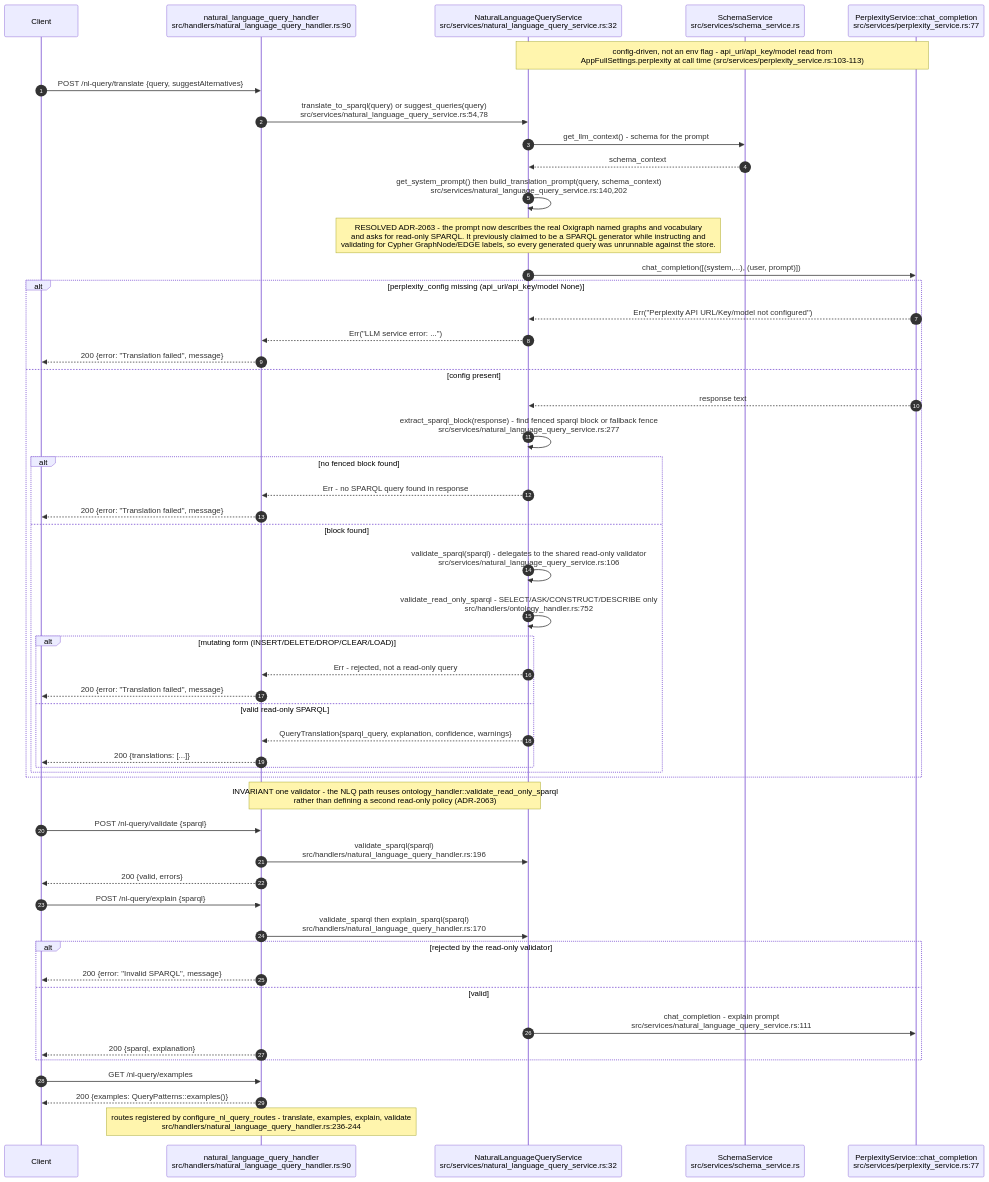
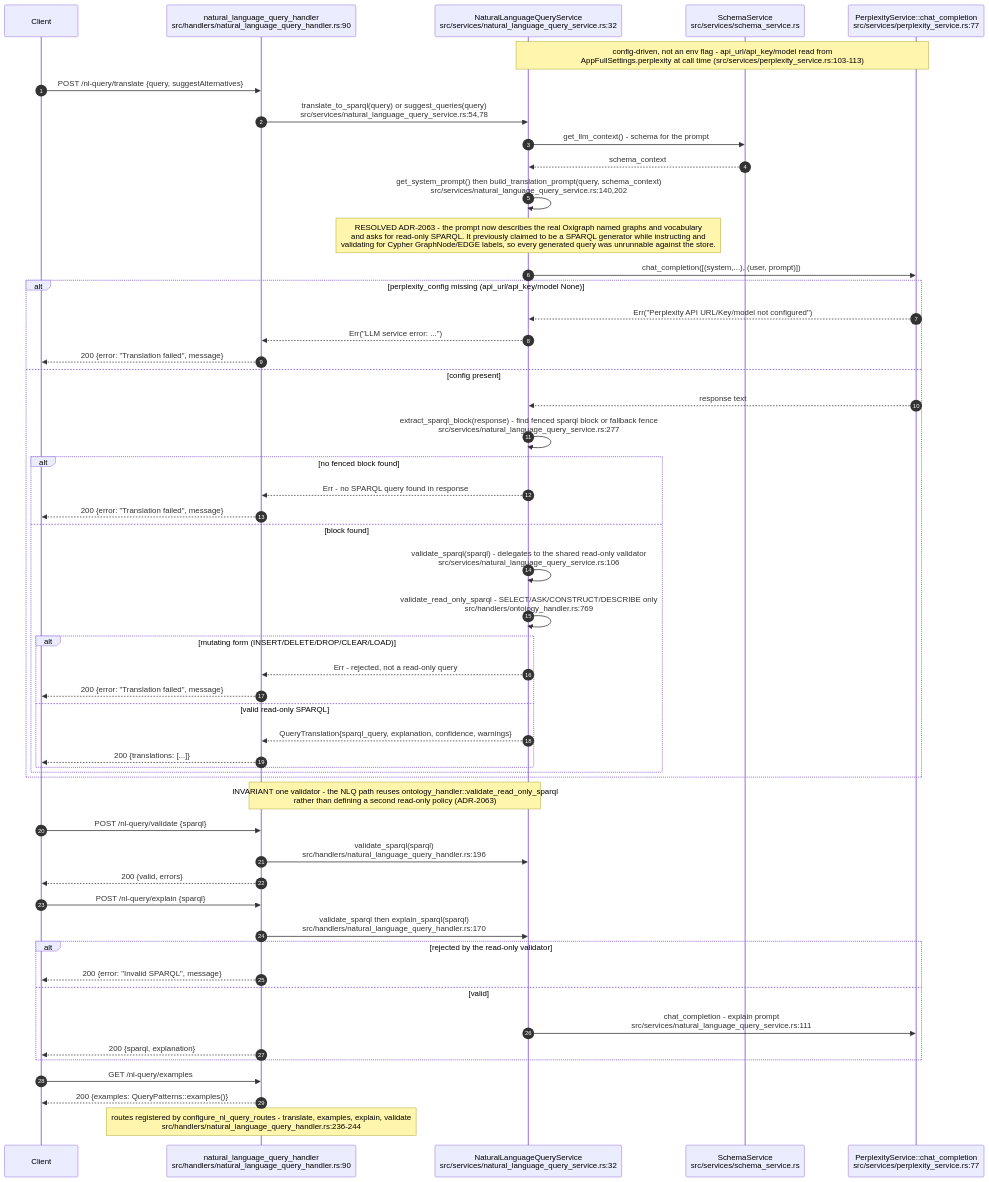
One commit to DreamLab-AI/VisionFlow changed the seventh of 13 diagrams in docs/diagrams/visionclaw/25-insight-kpi-nlq-semantics.md. Above: the diagram before and after it, drawn with Mermaid. The commit also changed other lines of this file and 32 other files, not shown here.

````diff
--- a/docs/diagrams/visionclaw/25-insight-kpi-nlq-semantics.md
+++ b/docs/diagrams/visionclaw/25-insight-kpi-nlq-semantics.md
@@ -275,55 +280,55 @@
 ```mermaid
 sequenceDiagram
     autonumber
     participant C as Client
     participant H as natural_language_query_handler<br/>src/handlers/natural_language_query_handler.rs:90
     participant S as NaturalLanguageQueryService<br/>src/services/natural_language_query_service.rs:32
     participant SC as SchemaService<br/>src/services/schema_service.rs
     participant P as PerplexityService::chat_completion<br/>src/services/perplexity_service.rs:77
 
     Note over S,P: config-driven, not an env flag - api_url/api_key/model read from<br/>AppFullSettings.perplexity at call time (src/services/perplexity_service.rs:103-113)
     C->>H: POST /nl-query/translate {query, suggestAlternatives}
     H->>S: translate_to_sparql(query) or suggest_queries(query)<br/>src/services/natural_language_query_service.rs:54,78
     S->>SC: get_llm_context() - schema for the prompt
     SC-->>S: schema_context
     S->>S: get_system_prompt() then build_translation_prompt(query, schema_context)<br/>src/services/natural_language_query_service.rs:140,202
     Note over S: RESOLVED ADR-2063 - the prompt now describes the real Oxigraph named graphs and vocabulary<br/>and asks for read-only SPARQL. It previously claimed to be a SPARQL generator while instructing and<br/>validating for Cypher GraphNode/EDGE labels, so every generated query was unrunnable against the store.
     S->>P: chat_completion([(system,...), (user, prompt)])
     alt perplexity_config missing (api_url/api_key/model None)
         P-->>S: Err("Perplexity API URL/Key/model not configured")
         S-->>H: Err("LLM service error: ...")
         H-->>C: 200 {error: "Translation failed", message}
     else config present
         P-->>S: response text
         S->>S: extract_sparql_block(response) - find fenced sparql block or fallback fence<br/>src/services/natural_language_query_service.rs:277
         alt no fenced block found
             S-->>H: Err - no SPARQL query found in response
             H-->>C: 200 {error: "Translation failed", message}
         else block found
             S->>S: validate_sparql(sparql) - delegates to the shared read-only validator<br/>src/services/natural_language_query_service.rs:106
-            S->>S: validate_read_only_sparql - SELECT/ASK/CONSTRUCT/DESCRIBE only<br/>src/handlers/ontology_handler.rs:752
+            S->>S: validate_read_only_sparql - SELECT/ASK/CONSTRUCT/DESCRIBE only<br/>src/handlers/ontology_handler.rs:769
             alt mutating form (INSERT/DELETE/DROP/CLEAR/LOAD)
                 S-->>H: Err - rejected, not a read-only query
                 H-->>C: 200 {error: "Translation failed", message}
             else valid read-only SPARQL
                 S-->>H: QueryTranslation{sparql_query, explanation, confidence, warnings}
                 H-->>C: 200 {translations: [...]}
             end
         end
     end
     Note over S,H: INVARIANT one validator - the NLQ path reuses ontology_handler::validate_read_only_sparql<br/>rather than defining a second read-only policy (ADR-2063)
     C->>H: POST /nl-query/validate {sparql}
     H->>S: validate_sparql(sparql)<br/>src/handlers/natural_language_query_handler.rs:196
     H-->>C: 200 {valid, errors}
     C->>H: POST /nl-query/explain {sparql}
     H->>S: validate_sparql then explain_sparql(sparql)<br/>src/handlers/natural_language_query_handler.rs:170
     alt rejected by the read-only validator
         H-->>C: 200 {error: "Invalid SPARQL", message}
     else valid
         S->>P: chat_completion - explain prompt<br/>src/services/natural_language_query_service.rs:111
         H-->>C: 200 {sparql, explanation}
     end
     C->>H: GET /nl-query/examples
     H-->>C: 200 {examples: QueryPatterns::examples()}
     Note over H: routes registered by configure_nl_query_routes - translate, examples, explain, validate<br/>src/handlers/natural_language_query_handler.rs:236-244
 ```
````
